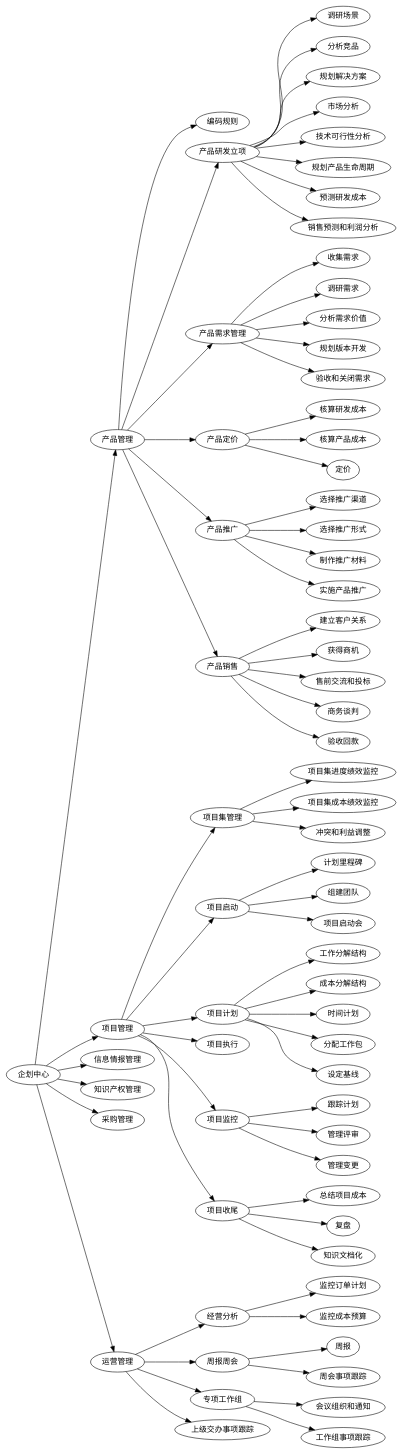
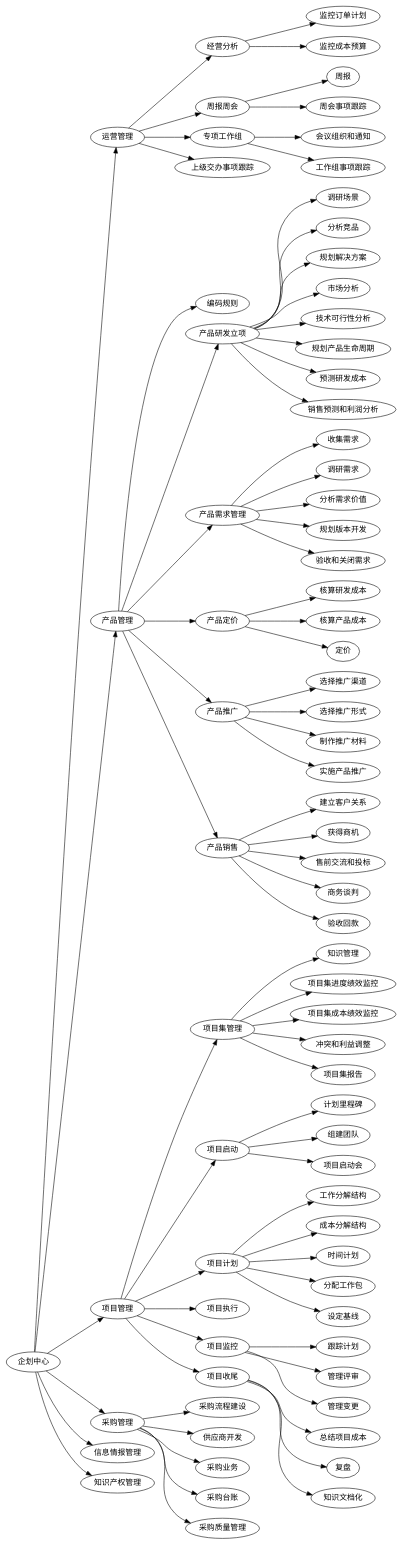
One commit to cruiurc/cruiurc.github.io changed the diagram in source/work/sj/topic/20221029部门工作规划.rst. Above: the diagram before and after it, drawn with Graphviz. The commit also changed 2 other files, not shown here.

Commit message:
20221030 xx heigth

```diff
--- a/source/work/sj/topic/20221029部门工作规划.rst
+++ b/source/work/sj/topic/20221029部门工作规划.rst
@@ -4,30 +4,35 @@
 .. graphviz::
 
     digraph "CPC"{
     rankdir=LR
     fontsize = 4
 
-    企划中心->{产品管理,项目管理,信息情报管理,知识产权管理,采购管理,运营管理}
+    企划中心->{运营管理,产品管理,项目管理,采购管理,信息情报管理,知识产权管理}
+
+
+    运营管理->{经营分析,周报周会,专项工作组,上级交办事项跟踪}
+    经营分析->{监控订单计划,监控成本预算}
+    周报周会->{周报,周会事项跟踪}
+    专项工作组->{会议组织和通知,工作组事项跟踪}
 
 
     产品管理->{编码规则,产品研发立项,产品需求管理,产品定价,产品推广,产品销售}
     产品研发立项->{调研场景,分析竞品,规划解决方案,市场分析,技术可行性分析,规划产品生命周期,预测研发成本,销售预测和利润分析}
     产品需求管理->{收集需求,调研需求,分析需求价值,规划版本开发,验收和关闭需求}
     产品定价->{核算研发成本,核算产品成本,定价}
     产品推广->{选择推广渠道,选择推广形式,制作推广材料,实施产品推广}
     产品销售->{建立客户关系,获得商机,售前交流和投标,商务谈判,验收回款}
 
 
     项目管理->{项目集管理,项目启动,项目计划,项目执行,项目监控,项目收尾}
-    项目集管理->{项目集进度绩效监控,项目集成本绩效监控,冲突和利益调整}
+    项目集管理->{知识管理,项目集进度绩效监控,项目集成本绩效监控,冲突和利益调整,项目集报告}
     项目启动->{计划里程碑,组建团队,项目启动会}
     项目计划->{工作分解结构,成本分解结构,时间计划,分配工作包,设定基线}
     项目监控->{跟踪计划,管理评审,管理变更}
     项目收尾->{总结项目成本,复盘,知识文档化}
 
-    运营管理->{经营分析,周报周会,专项工作组,上级交办事项跟踪}
-    经营分析->{监控订单计划,监控成本预算}
-    周报周会->{周报,周会事项跟踪}
-    专项工作组->{会议组织和通知,工作组事项跟踪}
+
+    采购管理->{采购流程建设,供应商开发,采购业务,采购台账,采购质量管理}
+
 
     }
```
